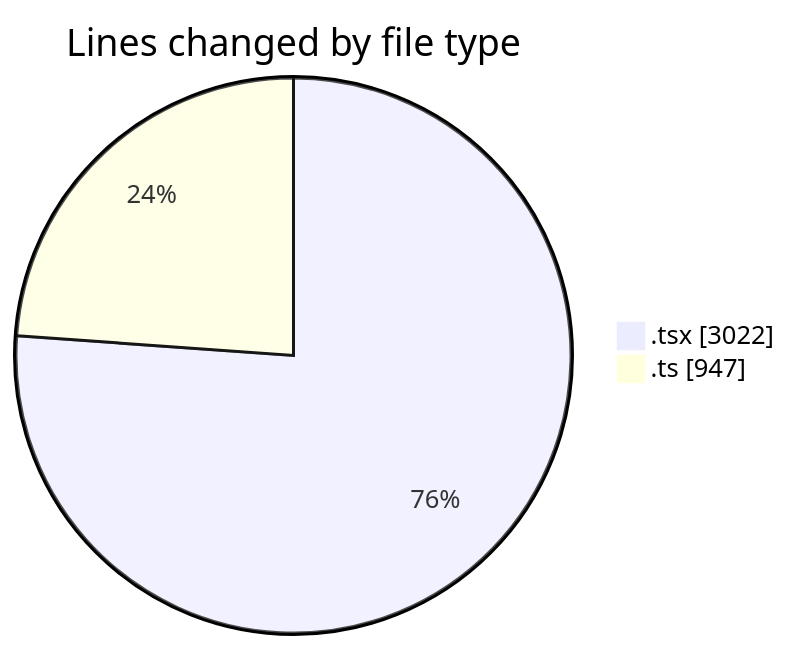
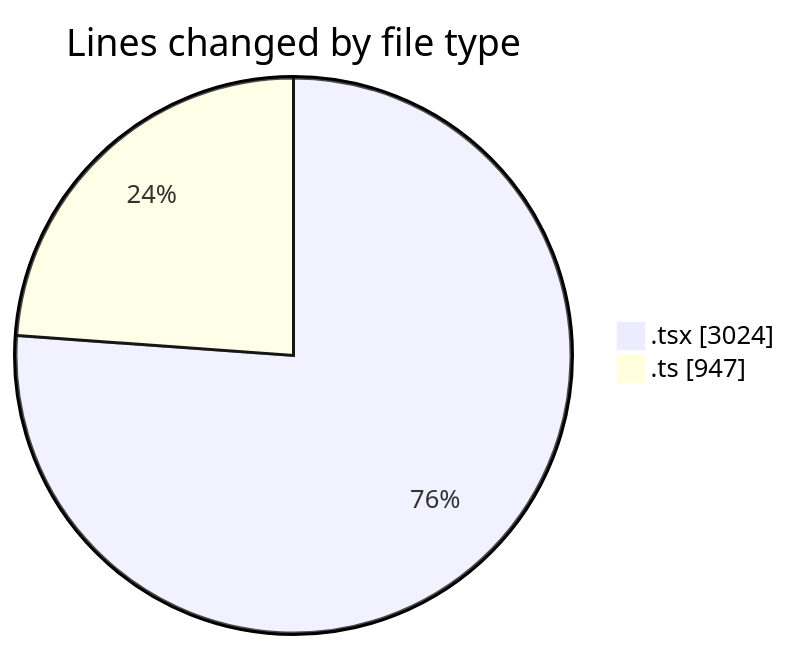
One commit to nxtqubesakshisongat/code-tracking changed the first of 2 diagrams in 2026-02-22/nxtqube_webapp/README.md. Above: the diagram before and after it, drawn with Mermaid. The commit also changed other lines of this file and 1 other file, not shown here.

````diff
--- a/2026-02-22/nxtqube_webapp/README.md
+++ b/2026-02-22/nxtqube_webapp/README.md
@@ -23,6 +23,6 @@
 ```mermaid
 pie showData
 title Lines changed by file type
-".tsx" : 3022
+".tsx" : 3024
 ".ts" : 947
 ```
````
